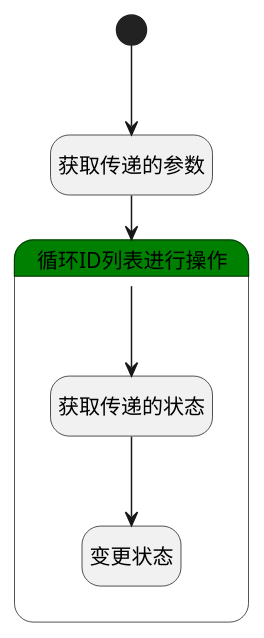
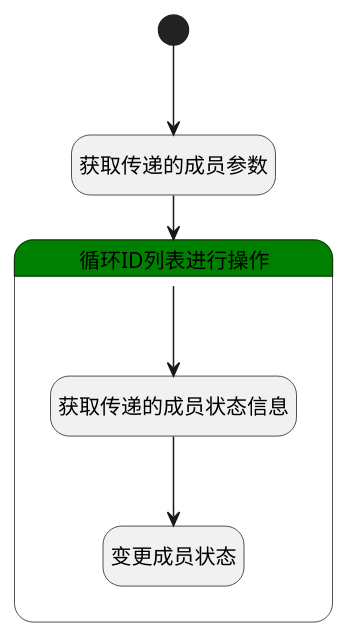
One commit to iBizLab/plm changed the diagram in doc/docsify/module/Base/member/logic/change_role.md. Above: the diagram before and after it, drawn with PlantUML. The commit also changed other lines of this file and 1068 other files, not shown here.

````diff
--- a/doc/docsify/module/Base/member/logic/change_role.md
+++ b/doc/docsify/module/Base/member/logic/change_role.md
@@ -7,26 +7,26 @@
 ```plantuml
 @startuml
 hide empty description
 <style>
 root {
   HyperlinkColor #42b983
 }
 </style>
 
 hide empty description
 state "开始" as Begin <<start>> [[$./change_role#begin {"开始"}]]
-state "获取传递的参数" as BINDPARAM1  [[$./change_role#bindparam1 {"获取传递的参数"}]]
+state "获取传递的成员参数" as BINDPARAM1  [[$./change_role#bindparam1 {"获取传递的成员参数"}]]
 state "循环ID列表进行操作" as LOOPSUBCALL1  [[$./change_role#loopsubcall1 {"循环ID列表进行操作"}]] #green {
-state "获取传递的状态" as PREPAREPARAM2  [[$./change_role#prepareparam2 {"获取传递的状态"}]]
-state "变更状态" as DEACTION1  [[$./change_role#deaction1 {"变更状态"}]]
+state "获取传递的成员状态信息" as PREPAREPARAM2  [[$./change_role#prepareparam2 {"获取传递的成员状态信息"}]]
+state "变更成员状态" as DEACTION1  [[$./change_role#deaction1 {"变更成员状态"}]]
 }
 
 
 Begin --> BINDPARAM1
 BINDPARAM1 --> LOOPSUBCALL1
 LOOPSUBCALL1 --> PREPAREPARAM2
 PREPAREPARAM2 --> DEACTION1
 
 
 @enduml
 ```
````
